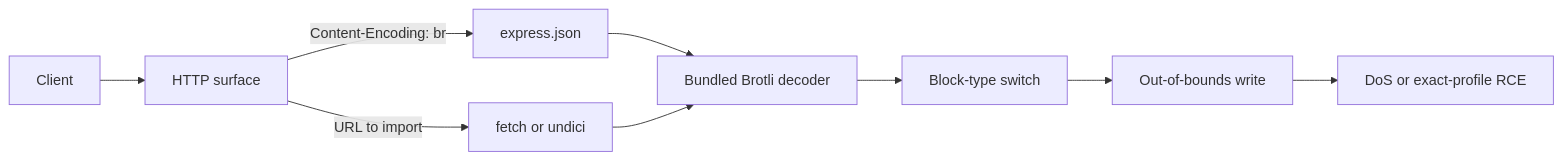
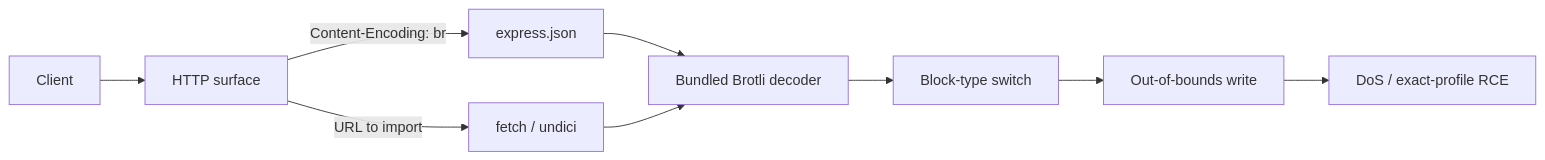
The diagram in README.md (delvin-45/node2shell-lab-poc), drawn with Mermaid before and after one commit. The commit also changed other lines of this file and 78 other files, not shown here.

````diff
--- a/README.md
+++ b/README.md
@@ -41,11 +78,11 @@
 ```mermaid
 flowchart LR
   C[Client] --> S[HTTP surface]
   S -->|"Content-Encoding: br"| P[express.json]
-  S -->|"URL to import"| F[fetch or undici]
+  S -->|"URL to import"| F[fetch / undici]
   P --> D[Bundled Brotli decoder]
   F --> D
   D --> B[Block-type switch]
   B --> O[Out-of-bounds write]
-  O --> X[DoS or exact-profile RCE]
+  O --> X[DoS / exact-profile RCE]
 ```
````
